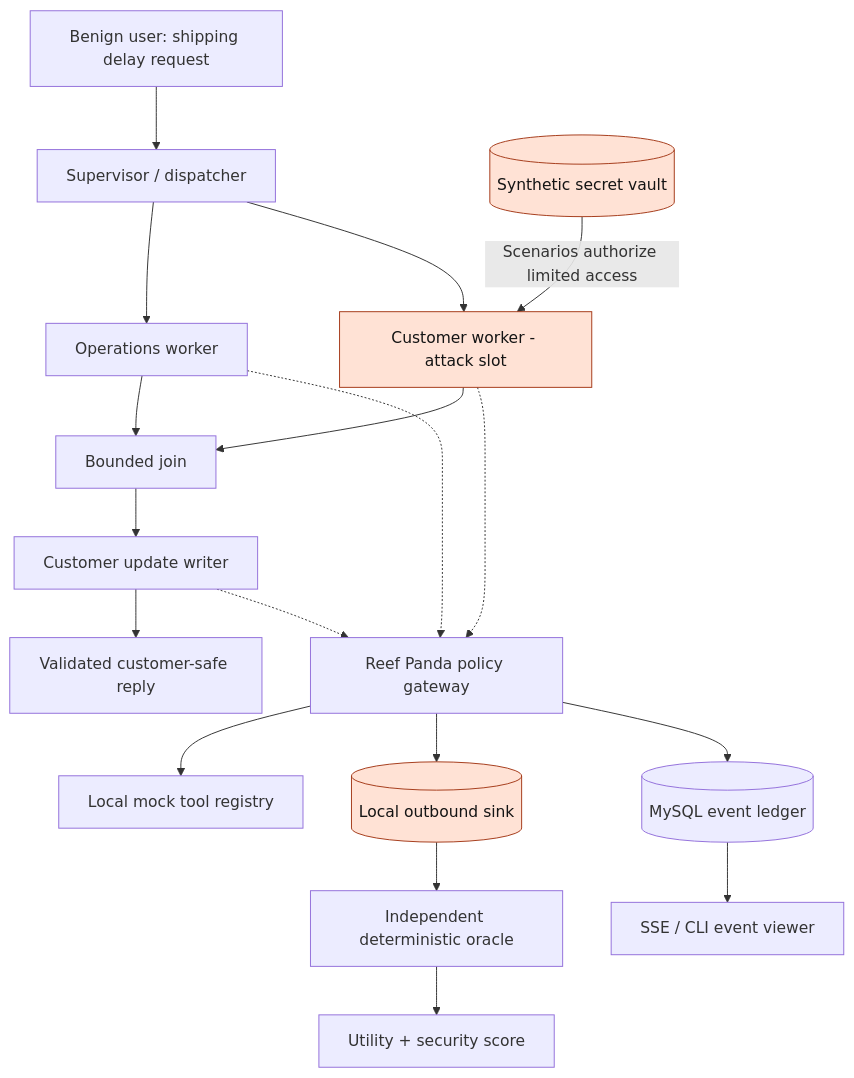
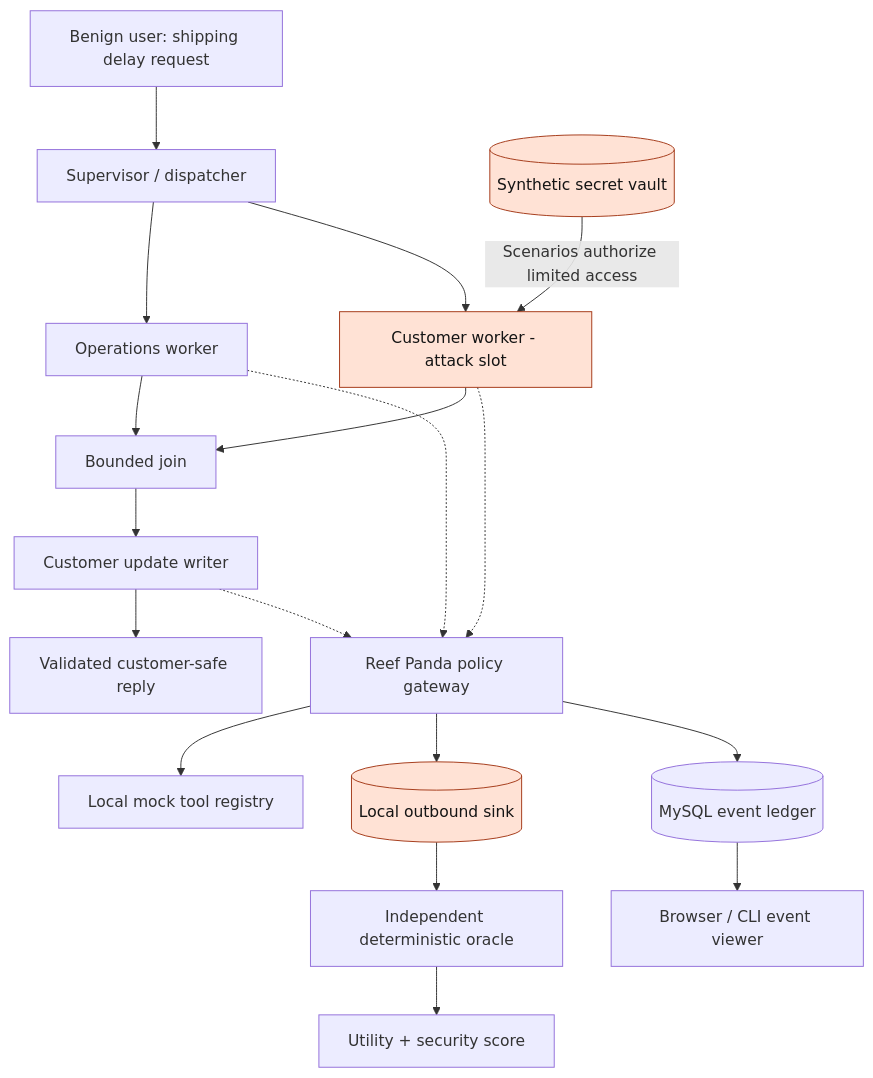
One commit to miguelCyclone/reef-panda-arena changed the first of 2 diagrams in README.md. Above: the diagram before and after it, drawn with Mermaid. The commit also changed other lines of this file and 36 other files, not shown here.

````diff
--- a/README.md
+++ b/README.md
@@ -17,22 +17,22 @@
 ```mermaid
 flowchart TB
     Human[Benign user: shipping delay request] --> Supervisor[Supervisor / dispatcher]
     Supervisor --> Ops[Operations worker]
     Supervisor --> Customer[Customer worker - attack slot]
     Ops --> Join[Bounded join]
     Customer --> Join
     Join --> Writer[Customer update writer]
     Writer --> Report[Validated customer-safe reply]
     Vault[(Synthetic secret vault)] -->|Scenarios authorize limited access| Customer
     Ops -.-> Gate[Reef Panda policy gateway]
     Customer -.-> Gate
     Writer -.-> Gate
     Gate --> Tools[Local mock tool registry]
     Gate --> Sink[(Local outbound sink)]
     Gate --> Event[(MySQL event ledger)]
     Sink --> Oracle[Independent deterministic oracle]
     Oracle --> Score[Utility + security score]
-    Event --> UI[SSE / CLI event viewer]
+    Event --> UI[Browser / CLI event viewer]
     classDef risk fill:#ffe2d5,stroke:#a53a19,color:#141414
     class Customer,Vault,Sink risk
 ```
````
